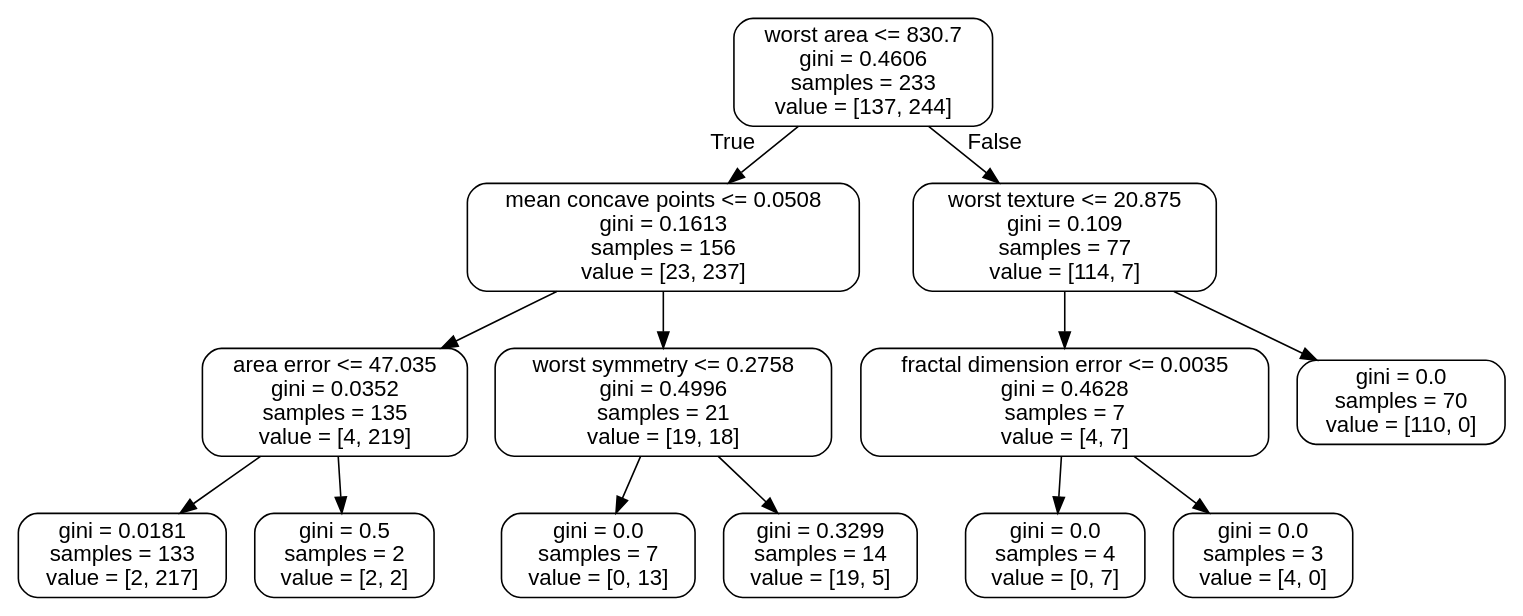
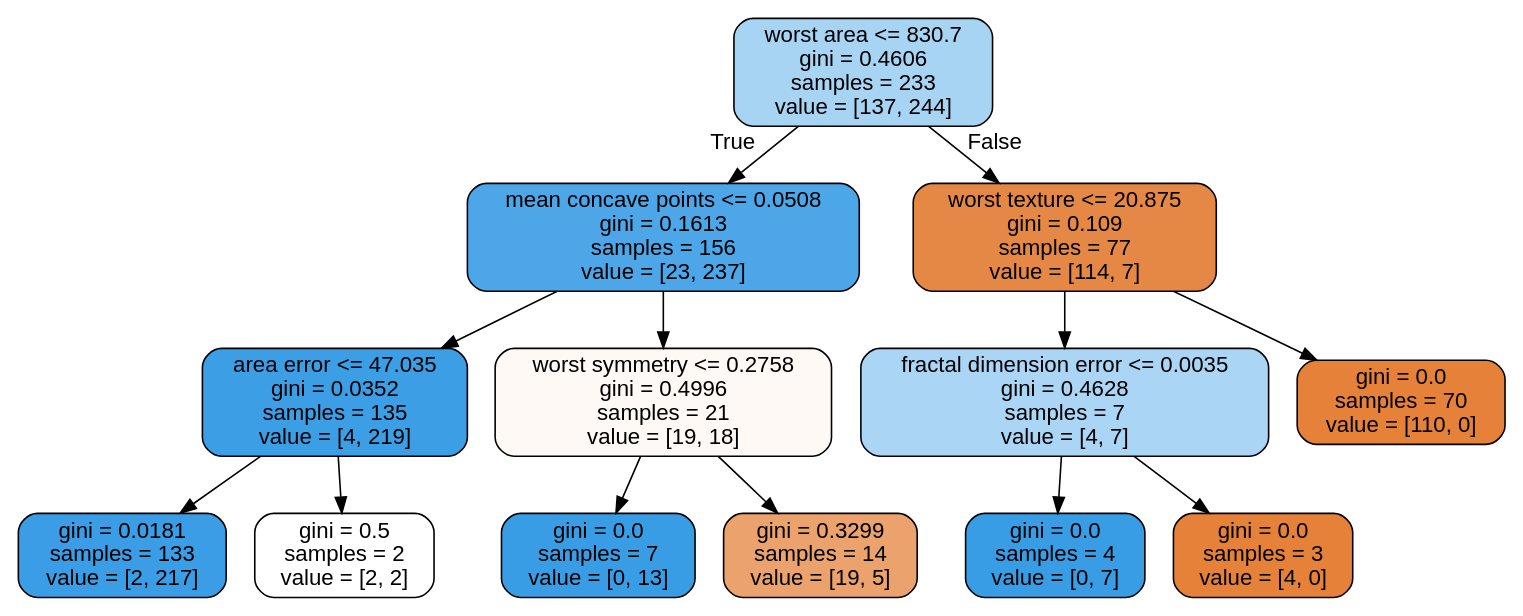
The diagram in tree.dot (QuantLet/DEDA_RandForest), drawn with Graphviz before and after one commit. The commit also changed 18 other files, not shown here.

```diff
--- a/tree.dot
+++ b/tree.dot
@@ -1,29 +1,29 @@
 digraph Tree {
-node [shape=box, style="rounded", color="black", fontname=helvetica] ;
+node [shape=box, style="filled, rounded", color="black", fontname=helvetica] ;
 edge [fontname=helvetica] ;
-0 [label="worst area <= 830.7\ngini = 0.4606\nsamples = 233\nvalue = [137, 244]"] ;
-1 [label="mean concave points <= 0.0508\ngini = 0.1613\nsamples = 156\nvalue = [23, 237]"] ;
+0 [label="worst area <= 830.7\ngini = 0.4606\nsamples = 233\nvalue = [137, 244]", fillcolor="#399de570"] ;
+1 [label="mean concave points <= 0.0508\ngini = 0.1613\nsamples = 156\nvalue = [23, 237]", fillcolor="#399de5e6"] ;
 0 -> 1 [labeldistance=2.5, labelangle=45, headlabel="True"] ;
-2 [label="area error <= 47.035\ngini = 0.0352\nsamples = 135\nvalue = [4, 219]"] ;
+2 [label="area error <= 47.035\ngini = 0.0352\nsamples = 135\nvalue = [4, 219]", fillcolor="#399de5fa"] ;
 1 -> 2 ;
-3 [label="gini = 0.0181\nsamples = 133\nvalue = [2, 217]"] ;
+3 [label="gini = 0.0181\nsamples = 133\nvalue = [2, 217]", fillcolor="#399de5fd"] ;
 2 -> 3 ;
-4 [label="gini = 0.5\nsamples = 2\nvalue = [2, 2]"] ;
+4 [label="gini = 0.5\nsamples = 2\nvalue = [2, 2]", fillcolor="#e5813900"] ;
 2 -> 4 ;
-5 [label="worst symmetry <= 0.2758\ngini = 0.4996\nsamples = 21\nvalue = [19, 18]"] ;
+5 [label="worst symmetry <= 0.2758\ngini = 0.4996\nsamples = 21\nvalue = [19, 18]", fillcolor="#e581390d"] ;
 1 -> 5 ;
-6 [label="gini = 0.0\nsamples = 7\nvalue = [0, 13]"] ;
+6 [label="gini = 0.0\nsamples = 7\nvalue = [0, 13]", fillcolor="#399de5ff"] ;
 5 -> 6 ;
-7 [label="gini = 0.3299\nsamples = 14\nvalue = [19, 5]"] ;
+7 [label="gini = 0.3299\nsamples = 14\nvalue = [19, 5]", fillcolor="#e58139bc"] ;
 5 -> 7 ;
-8 [label="worst texture <= 20.875\ngini = 0.109\nsamples = 77\nvalue = [114, 7]"] ;
+8 [label="worst texture <= 20.875\ngini = 0.109\nsamples = 77\nvalue = [114, 7]", fillcolor="#e58139ef"] ;
 0 -> 8 [labeldistance=2.5, labelangle=-45, headlabel="False"] ;
-9 [label="fractal dimension error <= 0.0035\ngini = 0.4628\nsamples = 7\nvalue = [4, 7]"] ;
+9 [label="fractal dimension error <= 0.0035\ngini = 0.4628\nsamples = 7\nvalue = [4, 7]", fillcolor="#399de56d"] ;
 8 -> 9 ;
-10 [label="gini = 0.0\nsamples = 4\nvalue = [0, 7]"] ;
+10 [label="gini = 0.0\nsamples = 4\nvalue = [0, 7]", fillcolor="#399de5ff"] ;
 9 -> 10 ;
-11 [label="gini = 0.0\nsamples = 3\nvalue = [4, 0]"] ;
+11 [label="gini = 0.0\nsamples = 3\nvalue = [4, 0]", fillcolor="#e58139ff"] ;
 9 -> 11 ;
-12 [label="gini = 0.0\nsamples = 70\nvalue = [110, 0]"] ;
+12 [label="gini = 0.0\nsamples = 70\nvalue = [110, 0]", fillcolor="#e58139ff"] ;
 8 -> 12 ;
 }
```
